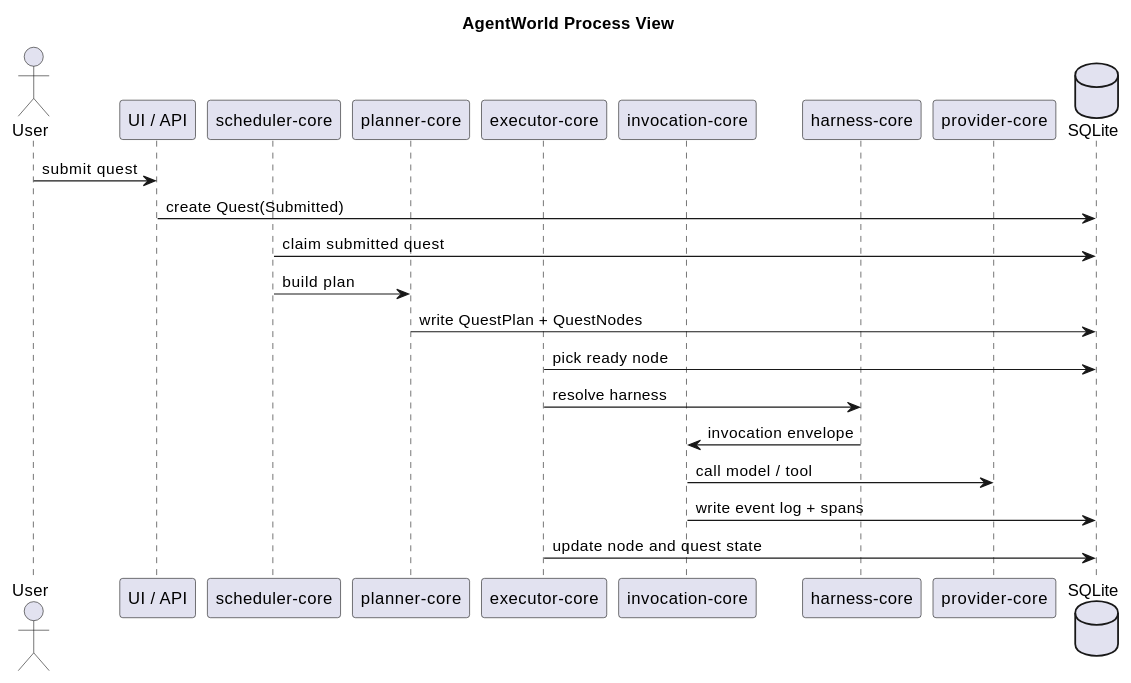
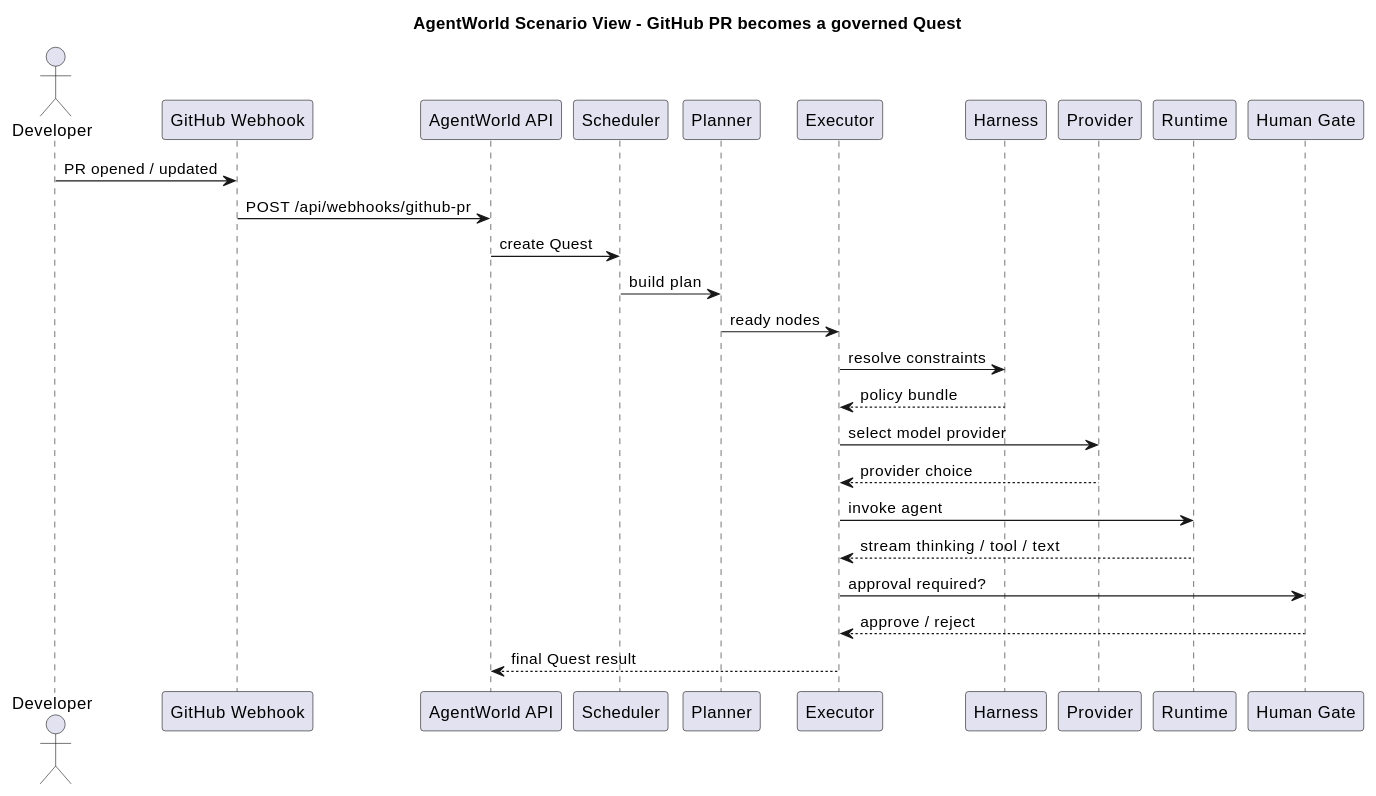
Before and after one commit to SimonMing47/agent-world: the first of 7 diagrams in docs/detailed-design.en.md, drawn with PlantUML. The commit also changed other lines of this file and 29 other files, not shown here.

````diff
--- a/docs/detailed-design.en.md
+++ b/docs/detailed-design.en.md
@@ -943,28 +1004,30 @@
 ```plantuml
 @startuml
-title AgentWorld Process View
+title AgentWorld Scenario View - GitHub PR becomes a governed Quest
+actor Developer
+participant "GitHub Webhook" as Webhook
+participant "AgentWorld API" as API
+participant "Scheduler" as Scheduler
+participant "Planner" as Planner
+participant "Executor" as Executor
+participant "Harness" as Harness
+participant "Provider" as Provider
+participant "Runtime" as Runtime
+participant "Human Gate" as Gate
 
-actor User
-participant "UI / API" as API
-participant "scheduler-core" as Scheduler
-participant "planner-core" as Planner
-participant "executor-core" as Executor
-participant "invocation-core" as Invocation
-participant "harness-core" as Harness
-participant "provider-core" as Provider
-database "SQLite" as DB
-
-User -> API : submit quest
-API -> DB : create Quest(Submitted)
-Scheduler -> DB : claim submitted quest
+Developer -> Webhook : PR opened / updated
+Webhook -> API : POST /api/webhooks/github-pr
+API -> Scheduler : create Quest
 Scheduler -> Planner : build plan
-Planner -> DB : write QuestPlan + QuestNodes
-Executor -> DB : pick ready node
-Executor -> Harness : resolve harness
-Harness -> Invocation : invocation envelope
-Invocation -> Provider : call model / tool
-Invocation -> DB : write event log + spans
-Executor -> DB : update node and quest state
-
+Planner -> Executor : ready nodes
+Executor -> Harness : resolve constraints
+Harness --> Executor : policy bundle
+Executor -> Provider : select model provider
+Provider --> Executor : provider choice
+Executor -> Runtime : invoke agent
+Runtime --> Executor : stream thinking / tool / text
+Executor -> Gate : approval required?
+Gate --> Executor : approve / reject
+Executor --> API : final Quest result
 @enduml
 ```
````
